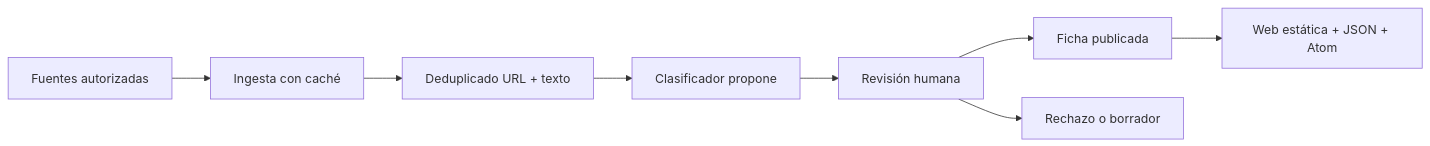
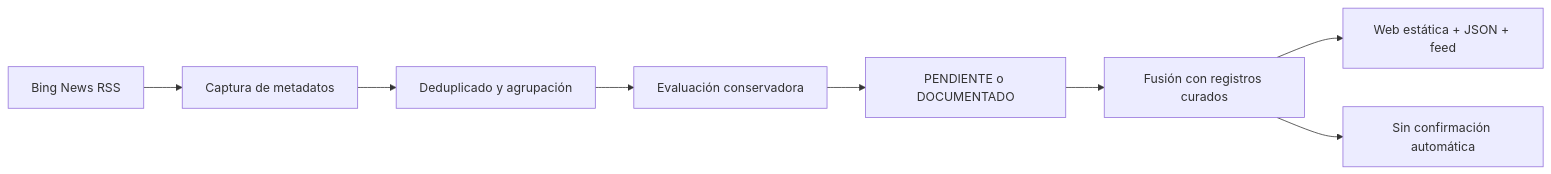
One commit to mcasrom/zona-gris-atlas changed the diagram in README.md. Above: the diagram before and after it, drawn with Mermaid. The commit also changed other lines of this file and 19 other files, not shown here.

Commit message:
feat: captura automática de acontecimientos y lista en dos columnas

````diff
--- a/README.md
+++ b/README.md
@@ -45,10 +45,10 @@
 ```mermaid
 flowchart LR
-  A[Fuentes autorizadas] --> B[Ingesta con caché]
-  B --> C[Deduplicado URL + texto]
-  C --> D[Clasificador propone]
-  D --> E[Revisión humana]
-  E --> F[Ficha publicada]
-  F --> G[Web estática + JSON + Atom]
-  E --> X[Rechazo o borrador]
+  A[Bing News RSS] --> B[Captura de metadatos]
+  B --> C[Deduplicado y agrupación]
+  C --> D[Evaluación conservadora]
+  D --> E[PENDIENTE o DOCUMENTADO]
+  E --> F[Fusión con registros curados]
+  F --> G[Web estática + JSON + feed]
+  F --> X[Sin confirmación automática]
 ```
````
